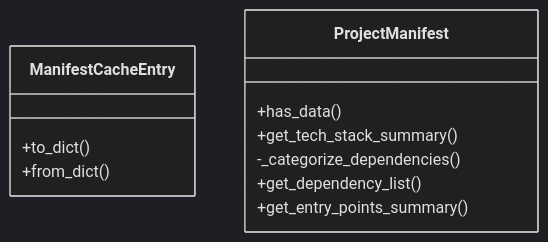
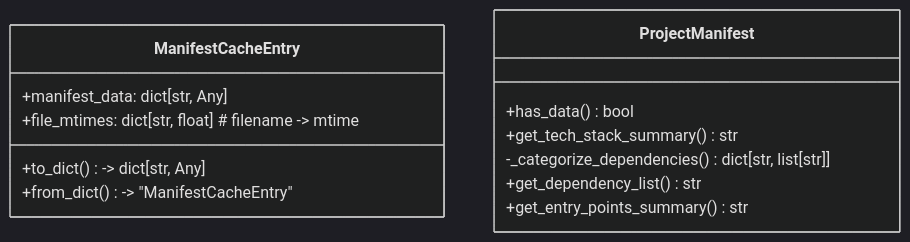
The first of 2 diagrams in .deepwiki/files/src/local_deepwiki/generators/manifest.md (UrbanDiver/local-deepwiki-mcp), drawn with Mermaid (dark theme) before and after one commit. The commit also changed other lines of this file and 30 other files, not shown here.

````diff
--- a/.deepwiki/files/src/local_deepwiki/generators/manifest.md
+++ b/.deepwiki/files/src/local_deepwiki/generators/manifest.md
@@ -400,14 +266,16 @@
 ```mermaid
 classDiagram
     class ManifestCacheEntry {
-        +to_dict()
-        +from_dict()
+        +manifest_data: dict[str, Any]
+        +file_mtimes: dict[str, float]  # filename -> mtime
+        +to_dict() -> dict[str, Any]
+        +from_dict() -> "ManifestCacheEntry"
     }
     class ProjectManifest {
-        +has_data()
-        +get_tech_stack_summary()
-        -_categorize_dependencies()
-        +get_dependency_list()
-        +get_entry_points_summary()
+        +has_data() bool
+        +get_tech_stack_summary() str
+        -_categorize_dependencies() dict[str, list[str]]
+        +get_dependency_list() str
+        +get_entry_points_summary() str
     }
 ```
````
